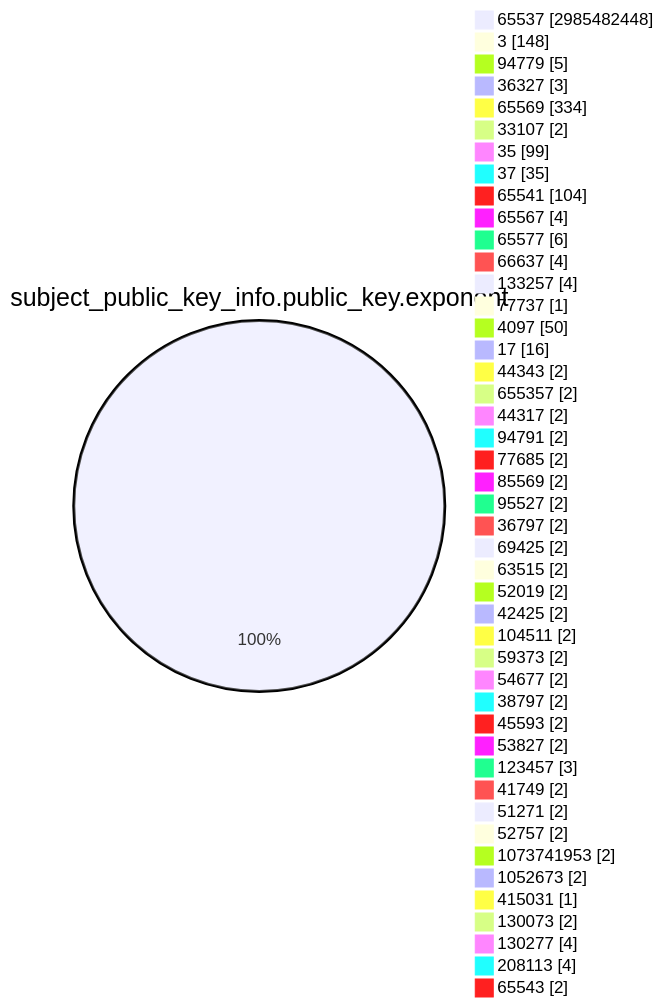
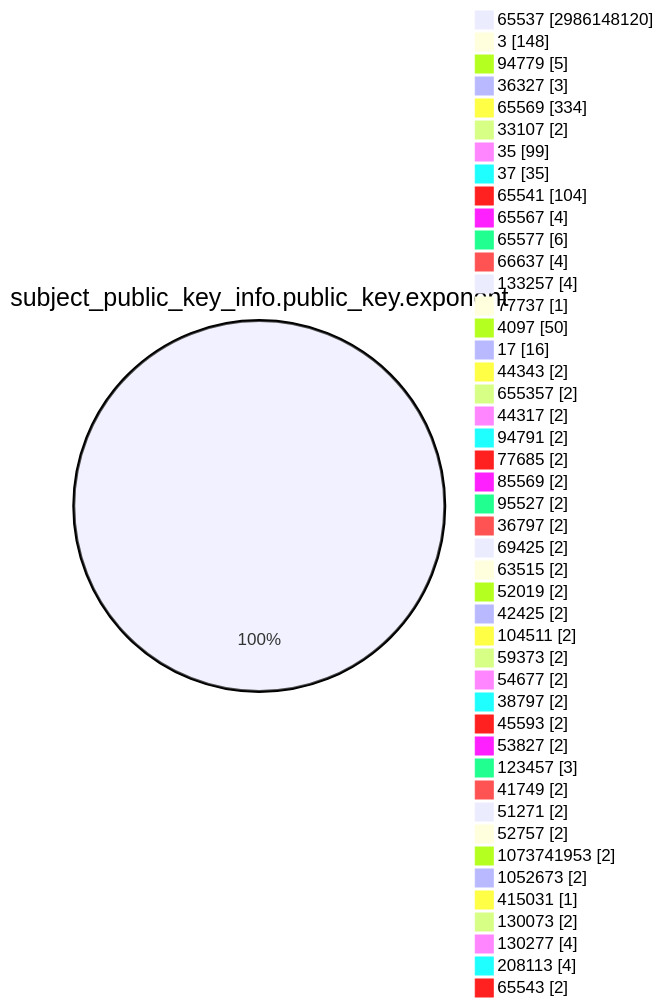
One commit to christiankrug/ctmonitor_visualization changed the fourth of 15 diagrams in TOTAL/README.md. Above: the diagram before and after it, drawn with Mermaid. The commit also changed other lines of this file, not shown here.

````diff
--- a/TOTAL/README.md
+++ b/TOTAL/README.md
@@ -1472,49 +1472,49 @@
 ```mermaid
 pie showData
 title subject_public_key_info.public_key.exponent
-"65537" :2985482448
+"65537" :2986148120
 "3" :148
 "94779" :5
 "36327" :3
 "65569" :334
 "33107" :2
 "35" :99
 "37" :35
 "65541" :104
 "65567" :4
 "65577" :6
 "66637" :4
 "133257" :4
 "77737" :1
 "4097" :50
 "17" :16
 "44343" :2
 "655357" :2
 "44317" :2
 "94791" :2
 "77685" :2
 "85569" :2
 "95527" :2
 "36797" :2
 "69425" :2
 "63515" :2
 "52019" :2
 "42425" :2
 "104511" :2
 "59373" :2
 "54677" :2
 "38797" :2
 "45593" :2
 "53827" :2
 "123457" :3
 "41749" :2
 "51271" :2
 "52757" :2
 "1073741953" :2
 "1052673" :2
 "415031" :1
 "130073" :2
 "130277" :4
 "208113" :4
 "65543" :2
 ```
````
